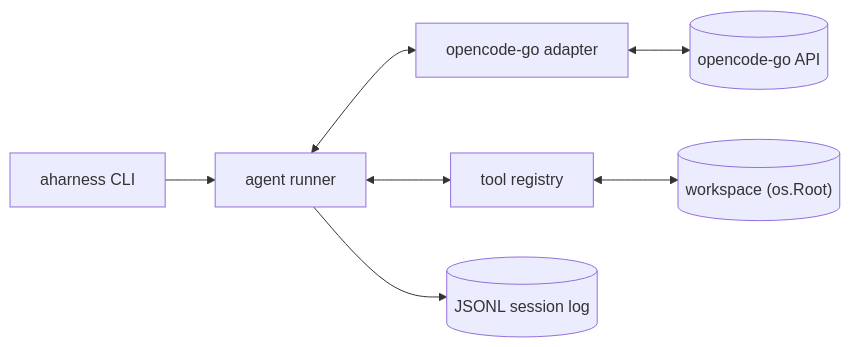
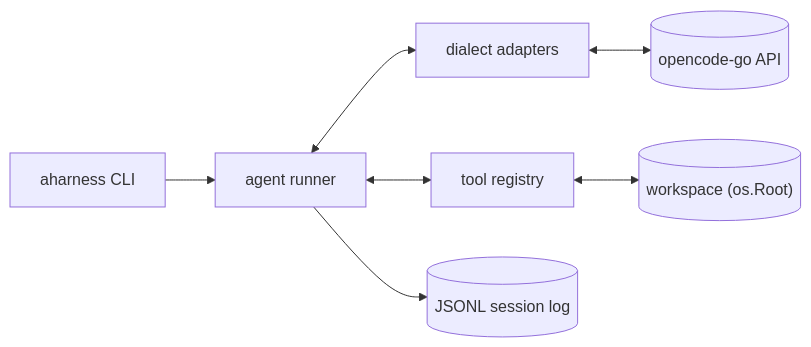
The diagram in docs/architecture.md (eddiectc/aharness), drawn with Mermaid before and after one commit. The commit also changed other lines of this file and 5 other files, not shown here.

First line of the commit message:
Document canonical model, two dialect adapters, and work-dir cleanup

````diff
--- a/docs/architecture.md
+++ b/docs/architecture.md
@@ -16,9 +16,9 @@
 ```mermaid
 flowchart LR
   cli["aharness CLI"] --> runner["agent runner"]
-  runner <--> model["opencode-go adapter"]
+  runner <--> model["dialect adapters"]
   runner <--> tools["tool registry"]
   runner --> session[("JSONL session log")]
   tools <--> workspace[("workspace (os.Root)")]
   model <--> api[(opencode-go API)]
 ```
````
